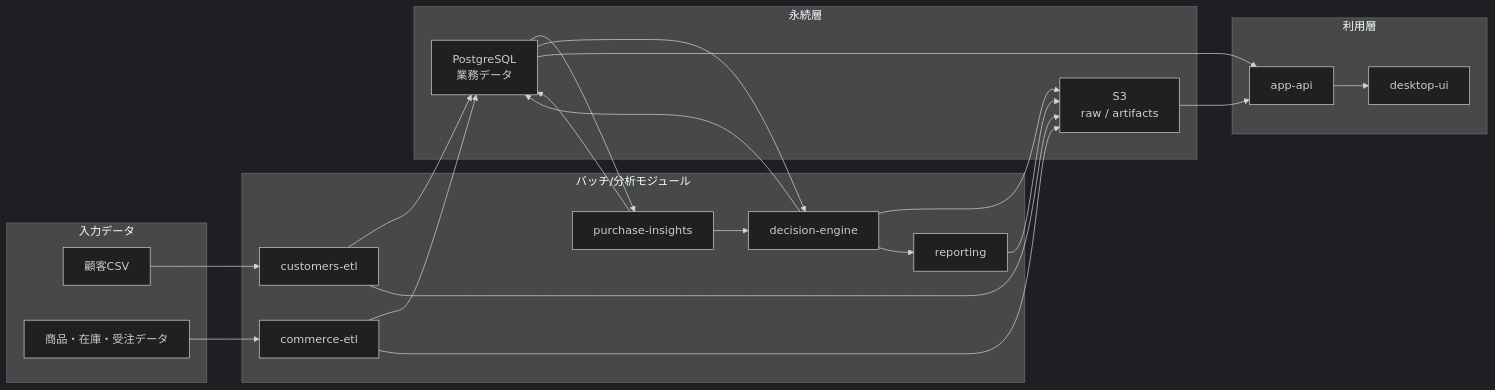
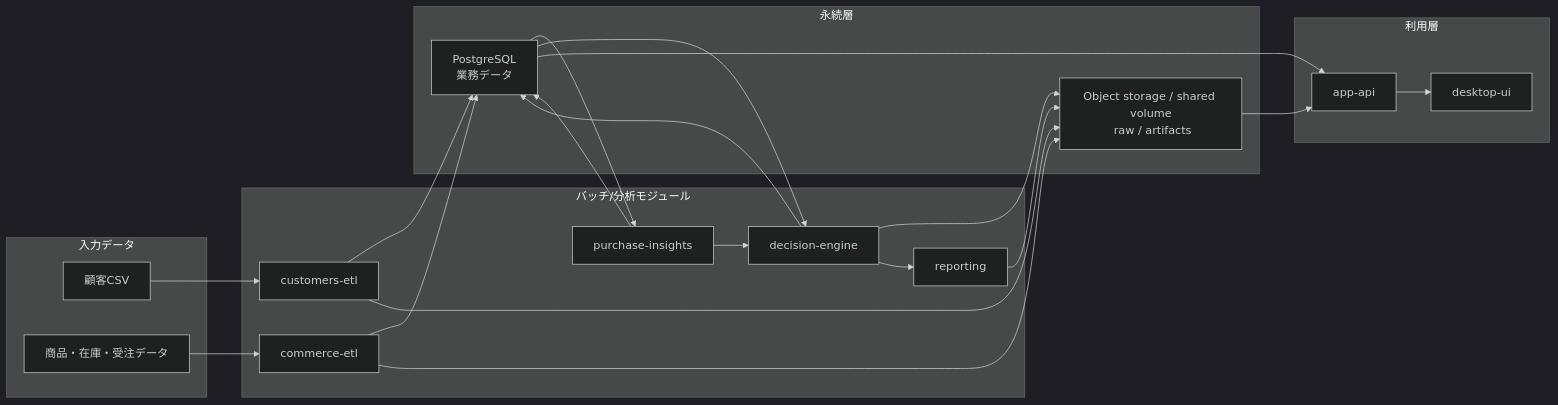
The diagram in docs/architecture/integrated-architecture.md (fumiya-data/decision-pack), drawn with Mermaid (dark theme) before and after one commit. The commit also changed other lines of this file and 16 other files, not shown here.

````diff
--- a/docs/architecture/integrated-architecture.md
+++ b/docs/architecture/integrated-architecture.md
@@ -72,47 +72,47 @@
 ```mermaid
 flowchart LR
     subgraph Raw["入力データ"]
         RawCustomers["顧客CSV"]
         RawCommerce["商品・在庫・受注データ"]
     end
 
     subgraph Batch["バッチ/分析モジュール"]
         CustomersEtl["customers-etl"]
         CommerceEtl["commerce-etl"]
         Insights["purchase-insights"]
         Engine["decision-engine"]
         Reporting["reporting"]
     end
 
     subgraph Data["永続層"]
-        S3["S3\n raw / artifacts"]
+        Artifacts["Object storage / shared volume\n raw / artifacts"]
         Pg["PostgreSQL\n 業務データ"]
     end
 
     subgraph ApiGui["利用層"]
         Api["app-api"]
         Ui["desktop-ui"]
     end
 
     RawCustomers --> CustomersEtl
     RawCommerce --> CommerceEtl
 
     CustomersEtl --> Pg
-    CustomersEtl --> S3
+    CustomersEtl --> Artifacts
     CommerceEtl --> Pg
-    CommerceEtl --> S3
+    CommerceEtl --> Artifacts
 
     Pg --> Insights
     Insights --> Pg
     Insights --> Engine
 
     Pg --> Engine
     Engine --> Pg
-    Engine --> S3
+    Engine --> Artifacts
     Engine --> Reporting
 
     Pg --> Api
-    S3 --> Api
+    Artifacts --> Api
     Api --> Ui
-    Reporting --> S3
+    Reporting --> Artifacts
 ```
````
